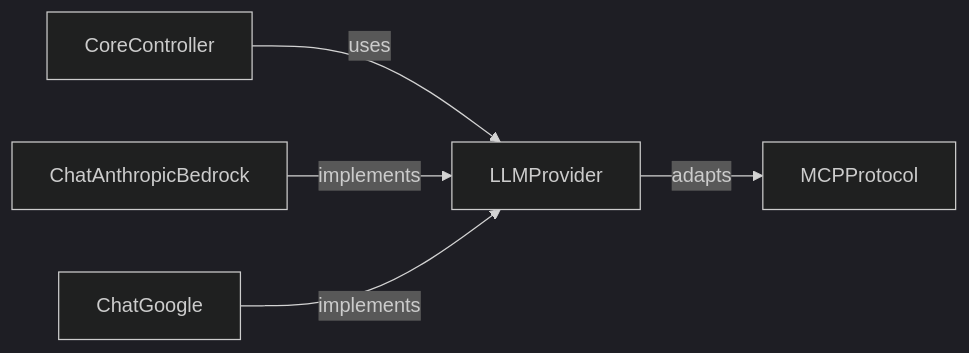
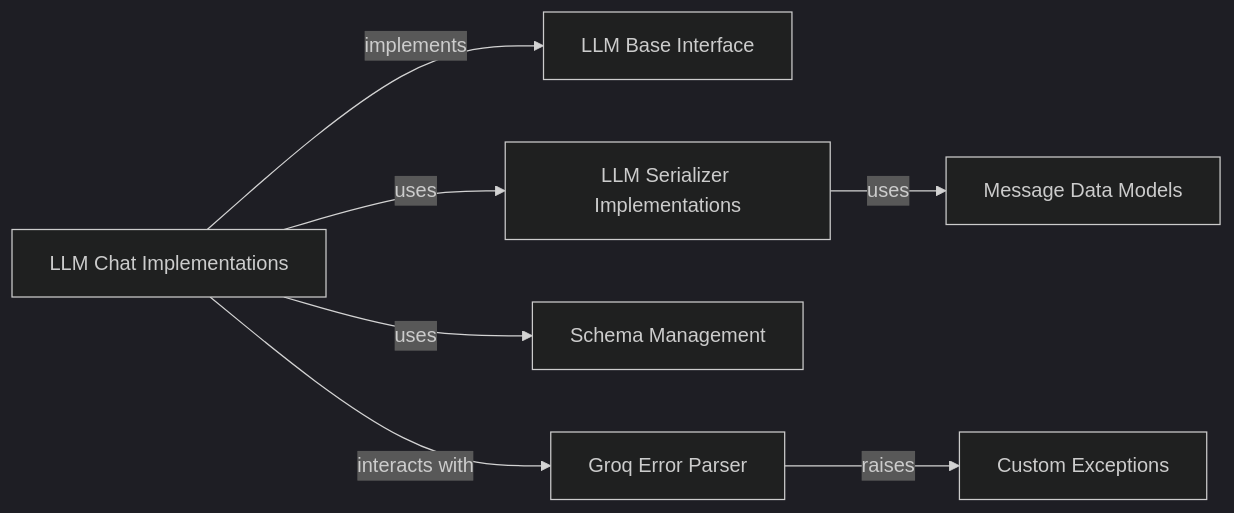
One commit to CodeBoarding/GeneratedOnBoardings changed the diagram in browser-use/LLM_Integration_Layer.md. Above: the diagram before and after it, drawn with Mermaid (dark theme). The commit also changed other lines of this file and 11 other files, not shown here.

````diff
--- a/browser-use/LLM_Integration_Layer.md
+++ b/browser-use/LLM_Integration_Layer.md
@@ -1,12 +1,16 @@
 ```mermaid
 graph LR
-    LLMProvider["LLMProvider"]
-    ChatAnthropicBedrock["ChatAnthropicBedrock"]
-    ChatGoogle["ChatGoogle"]
-    CoreController["CoreController"]
-    MCPProtocol["MCPProtocol"]
-    CoreController -- "uses" --> LLMProvider
-    LLMProvider -- "adapts" --> MCPProtocol
-    ChatAnthropicBedrock -- "implements" --> LLMProvider
-    ChatGoogle -- "implements" --> LLMProvider
+    LLM_Base_Interface["LLM Base Interface"]
+    LLM_Chat_Implementations["LLM Chat Implementations"]
+    LLM_Serializer_Implementations["LLM Serializer Implementations"]
+    Schema_Management["Schema Management"]
+    Message_Data_Models["Message Data Models"]
+    Custom_Exceptions["Custom Exceptions"]
+    Groq_Error_Parser["Groq Error Parser"]
+    LLM_Chat_Implementations -- "implements" --> LLM_Base_Interface
+    LLM_Chat_Implementations -- "uses" --> LLM_Serializer_Implementations
+    LLM_Chat_Implementations -- "uses" --> Schema_Management
+    LLM_Serializer_Implementations -- "uses" --> Message_Data_Models
+    Groq_Error_Parser -- "raises" --> Custom_Exceptions
+    LLM_Chat_Implementations -- "interacts with" --> Groq_Error_Parser
 ```
````
